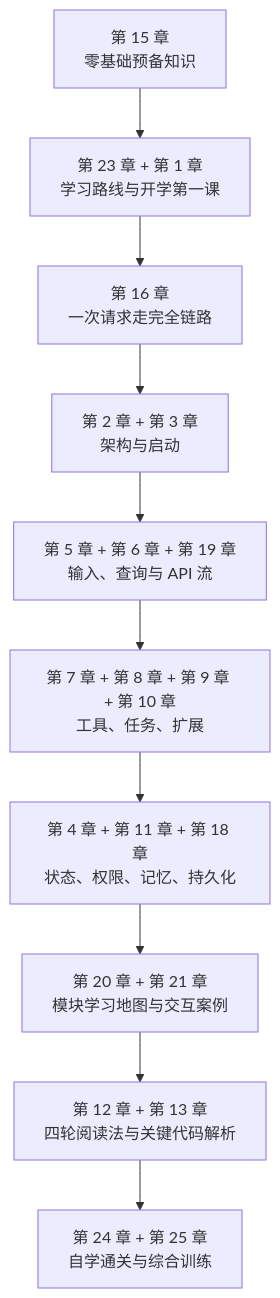
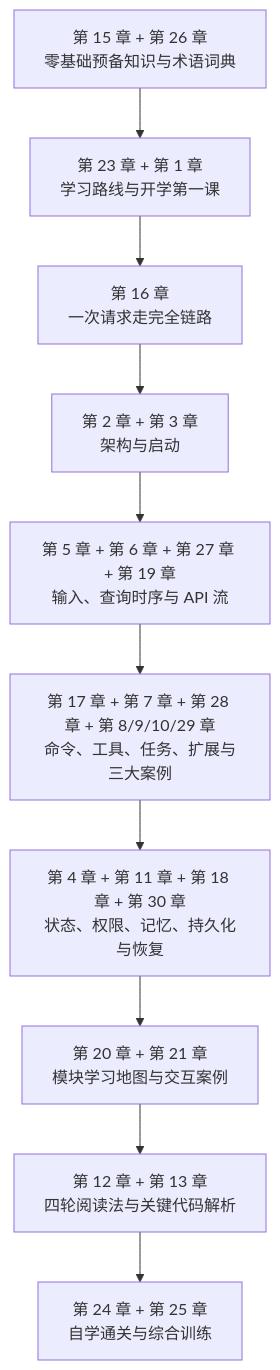
One commit to t4vddz2hkp-ux/anthropic-src-gitbook changed the first of 2 diagrams in README.md. Above: the diagram before and after it, drawn with Mermaid. The commit also changed other lines of this file and 7 other files, not shown here.

````diff
--- a/README.md
+++ b/README.md
@@ -107,12 +132,12 @@
 ```mermaid
 flowchart TD
-    A["第 15 章<br/>零基础预备知识"] --> B["第 23 章 + 第 1 章<br/>学习路线与开学第一课"]
+    A["第 15 章 + 第 26 章<br/>零基础预备知识与术语词典"] --> B["第 23 章 + 第 1 章<br/>学习路线与开学第一课"]
     B --> C["第 16 章<br/>一次请求走完全链路"]
     C --> D["第 2 章 + 第 3 章<br/>架构与启动"]
-    D --> E["第 5 章 + 第 6 章 + 第 19 章<br/>输入、查询与 API 流"]
-    E --> F["第 7 章 + 第 8 章 + 第 9 章 + 第 10 章<br/>工具、任务、扩展"]
-    F --> G["第 4 章 + 第 11 章 + 第 18 章<br/>状态、权限、记忆、持久化"]
+    D --> E["第 5 章 + 第 6 章 + 第 27 章 + 第 19 章<br/>输入、查询时序与 API 流"]
+    E --> F["第 17 章 + 第 7 章 + 第 28 章 + 第 8/9/10/29 章<br/>命令、工具、任务、扩展与三大案例"]
+    F --> G["第 4 章 + 第 11 章 + 第 18 章 + 第 30 章<br/>状态、权限、记忆、持久化与恢复"]
     G --> H["第 20 章 + 第 21 章<br/>模块学习地图与交互案例"]
     H --> I["第 12 章 + 第 13 章<br/>四轮阅读法与关键代码解析"]
     I --> J["第 24 章 + 第 25 章<br/>自学通关与综合训练"]
 ```
````
